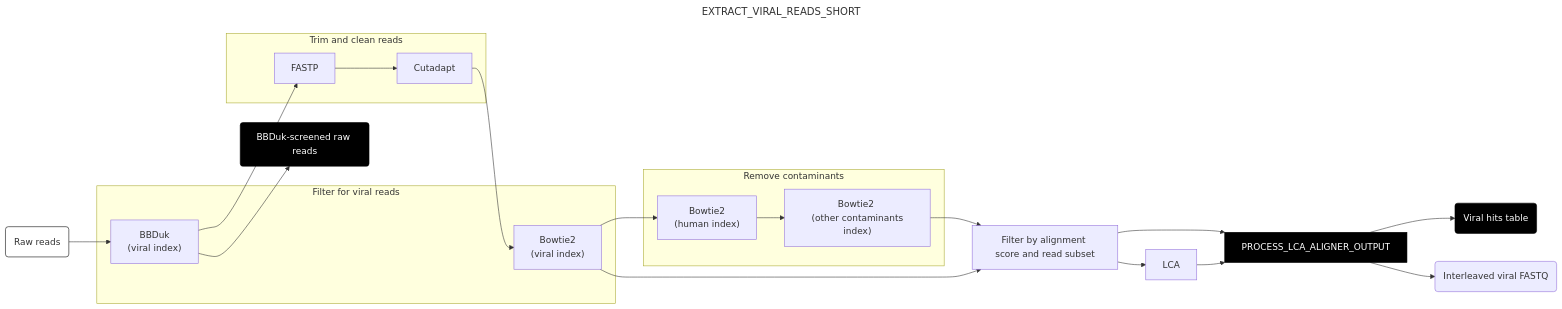
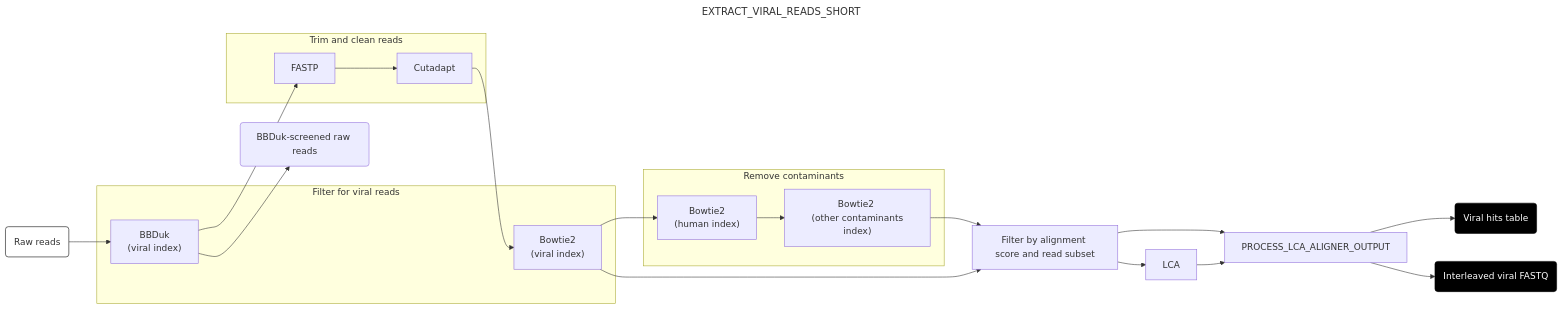
Before and after one commit to naobservatory/mgs-workflow: the sixth of 10 diagrams in docs/run.md, drawn with Mermaid. The commit also changed other lines of this file, not shown here.

````diff
--- a/docs/run.md
+++ b/docs/run.md
@@ -227,39 +227,38 @@
 ```mermaid
 ---
 title: EXTRACT_VIRAL_READS_SHORT
 config:
   layout: horizontal
 ---
 flowchart LR
 A(Raw reads) --> B["BBDuk <br> (viral index)"]
 B --> M(BBDuk-screened raw reads)
 B --> C[FASTP]
 C --> D[Cutadapt]
 D --> E["Bowtie2 <br> (viral index)"]
 E --> F["Bowtie2 <br> (human index)"]
 F --> G["Bowtie2 <br> (other contaminants index)"]
 G --> H[Filter by alignment score and read subset]
 E --> H
 H --> I[LCA]
 H --> J
 I --> J[PROCESS_LCA_ALIGNER_OUTPUT]
 J --> K(Viral hits table)
 J --> L(Interleaved viral FASTQ)
 
 subgraph "Filter for viral reads"
 B
 E
 end
 subgraph "Trim and clean reads"
 C
 D
 end
 subgraph "Remove contaminants"
 F
 G
 end
 style A fill:#fff,stroke:#000
-style J fill:#000,color:#fff,stroke:#000
 style K fill:#000,color:#fff,stroke:#000
-style M fill:#000,color:#fff,stroke:#000
+style L fill:#000,color:#fff,stroke:#000
 ```
````
